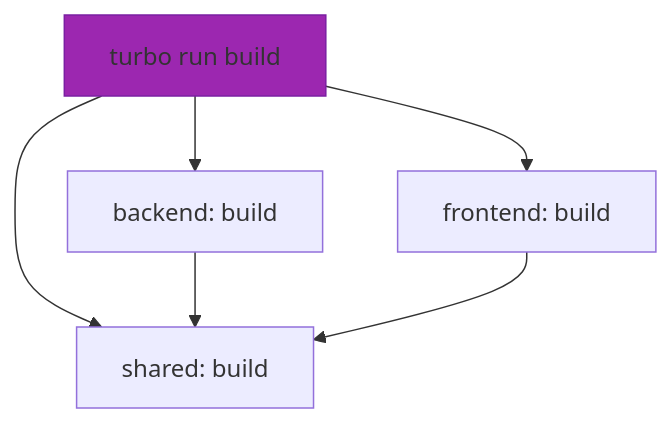
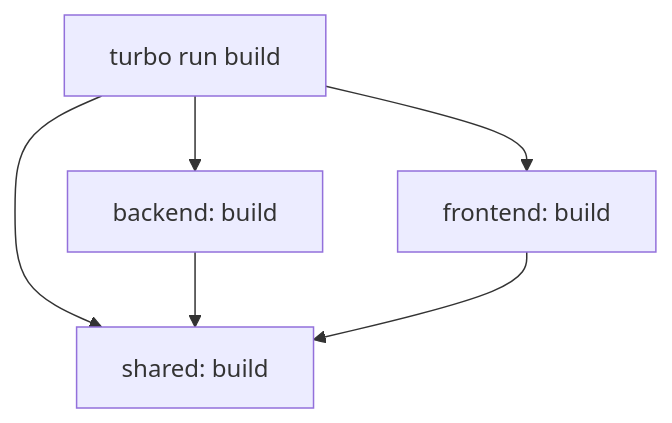
Before and after one commit to xixixiaoyu/vue3-nest-template: the fifth of 5 diagrams in .qoder/repowiki/zh/content/部署/CI_CD 流程.md, drawn with Mermaid. The commit also changed other lines of this file and 1 other file, not shown here.

````diff
--- a/.qoder/repowiki/zh/content/部署/CI_CD 流程.md
+++ b/.qoder/repowiki/zh/content/部署/CI_CD 流程.md
@@ -194,9 +241,8 @@
 ```mermaid
 graph TD
 A[turbo run build] --> B["backend: build"]
 A --> C["frontend: build"]
 A --> D["shared: build"]
 B --> D
 C --> D
-style A fill:#9C27B0,stroke:#7B1FA2
 ```
````
